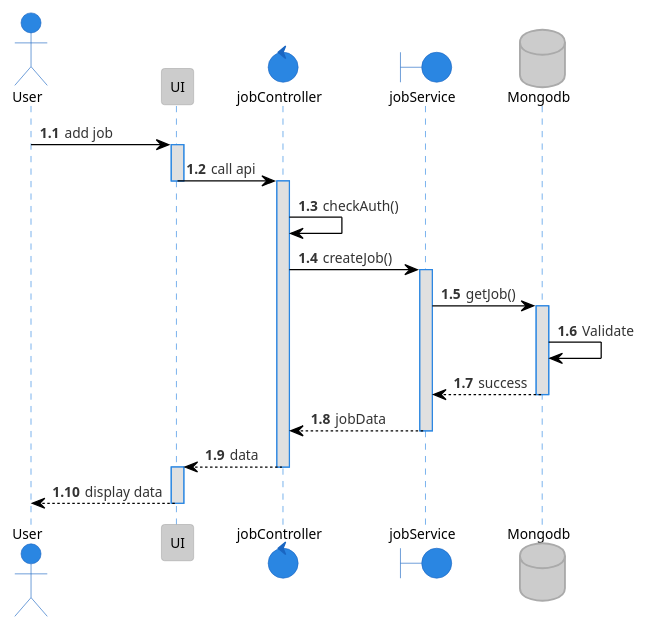
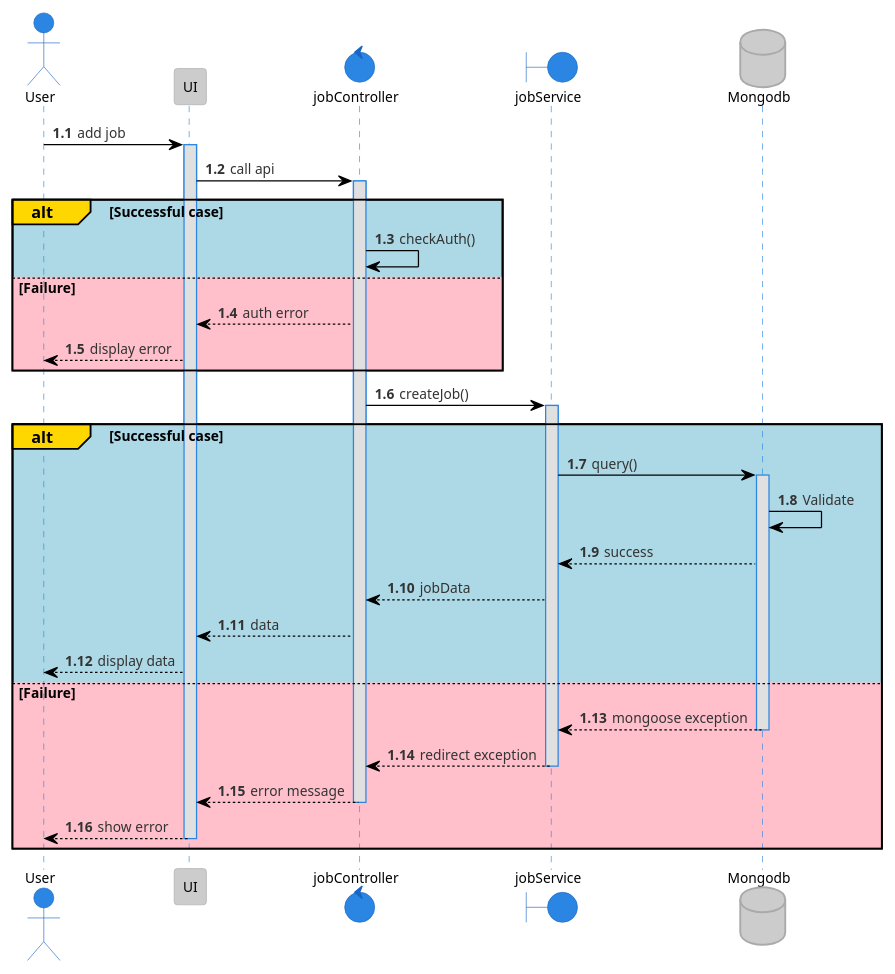
Before and after one commit to tuannm99/RMS: the diagram in plantuml/sequence/job/addJob.puml, drawn with PlantUML. The commit also changed 31 other files, not shown here.

Commit message:
update - final sequence

```diff
--- a/plantuml/sequence/job/addJob.puml
+++ b/plantuml/sequence/job/addJob.puml
@@ -1,33 +1,45 @@
 @startuml addJob
 !theme reddress-lightblue
 
 autonumber 1.1
 actor User
 participant UI
 control  jobController
 boundary jobService
 database Mongodb
 
 User -> UI: add job
 activate UI
 UI -> jobController: call api
-deactivate UI
 activate jobController
-jobController -> jobController: checkAuth()
+
+alt#Gold #LightBlue Successful case
+    jobController -> jobController: checkAuth()
+else #Pink Failure
+    jobController --> UI: auth error
+    UI --> User: display error
+end
+
 jobController -> jobService: createJob()
-activate jobService
-jobService -> Mongodb: getJob()
-activate Mongodb
-Mongodb -> Mongodb: Validate
-Mongodb --> jobService: success
-deactivate Mongodb
-jobService --> jobController: jobData
-deactivate jobService
-jobController --> UI: data
-deactivate jobController
-activate UI
-UI --> User: display data
-deactivate UI
 
+alt#Gold #LightBlue Successful case
+    activate jobService
+    jobService -> Mongodb: query()
+    activate Mongodb
+    Mongodb -> Mongodb: Validate
+    Mongodb --> jobService: success
+    jobService --> jobController: jobData
+    jobController --> UI: data
+    UI --> User: display data
+else #Pink Failure
+    Mongodb --> jobService: mongoose exception
+    deactivate Mongodb
+    jobService --> jobController: redirect exception
+    deactivate jobService
+    jobController --> UI: error message
+    deactivate jobController
+    UI --> User: show error
+    deactivate UI
+end
 
 @enduml
```
